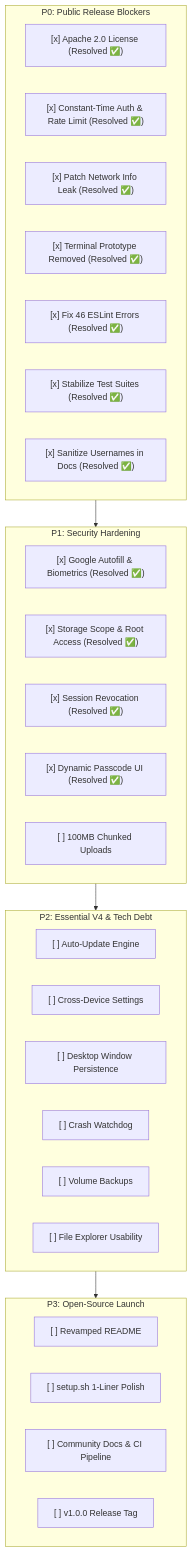
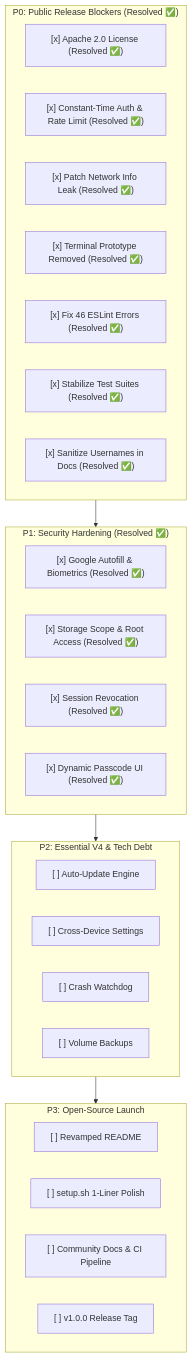
Before and after one commit to Cypher0071/Home_Cloud: the diagram in docs/launch_changes.md, drawn with Mermaid. The commit also changed other lines of this file and 1 other file, not shown here.

````diff
--- a/docs/launch_changes.md
+++ b/docs/launch_changes.md
@@ -397,40 +359,37 @@
 ```mermaid
 flowchart TD
-    subgraph P0["P0: Public Release Blockers"]
+    subgraph P0["P0: Public Release Blockers (Resolved ✅)"]
         L["[x] Apache 2.0 License (Resolved ✅)"]
         A["[x] Constant-Time Auth & Rate Limit (Resolved ✅)"]
         N["[x] Patch Network Info Leak (Resolved ✅)"]
         T["[x] Terminal Prototype Removed (Resolved ✅)"]
         E["[x] Fix 46 ESLint Errors (Resolved ✅)"]
         TS["[x] Stabilize Test Suites (Resolved ✅)"]
         S["[x] Sanitize Usernames in Docs (Resolved ✅)"]
     end
 
-    subgraph P1["P1: Security Hardening"]
+    subgraph P1["P1: Security Hardening (Resolved ✅)"]
         W["[x] Google Autofill & Biometrics (Resolved ✅)"]
         J["[x] Storage Scope & Root Access (Resolved ✅)"]
         R["[x] Session Revocation (Resolved ✅)"]
         P["[x] Dynamic Passcode UI (Resolved ✅)"]
-        U["[ ] 100MB Chunked Uploads"]
     end
 
     subgraph P2["P2: Essential V4 & Tech Debt"]
         AU["[ ] Auto-Update Engine"]
         SP["[ ] Cross-Device Settings"]
-        WP["[ ] Desktop Window Persistence"]
         CW["[ ] Crash Watchdog"]
         BK["[ ] Volume Backups"]
-        FE["[ ] File Explorer Usability"]
     end
 
     subgraph P3["P3: Open-Source Launch"]
         RM["[ ] Revamped README"]
         ST["[ ] setup.sh 1-Liner Polish"]
         GH["[ ] Community Docs & CI Pipeline"]
         REL["[ ] v1.0.0 Release Tag"]
     end
 
     P0 --> P1
     P1 --> P2
     P2 --> P3
 ```
````
